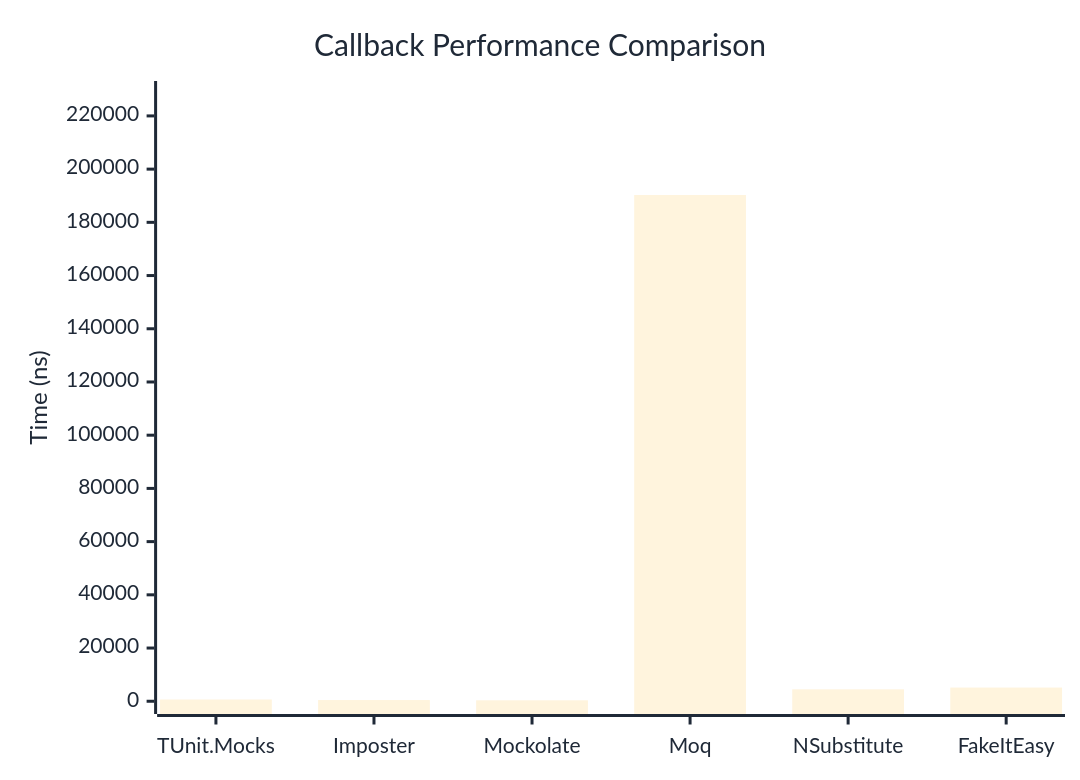
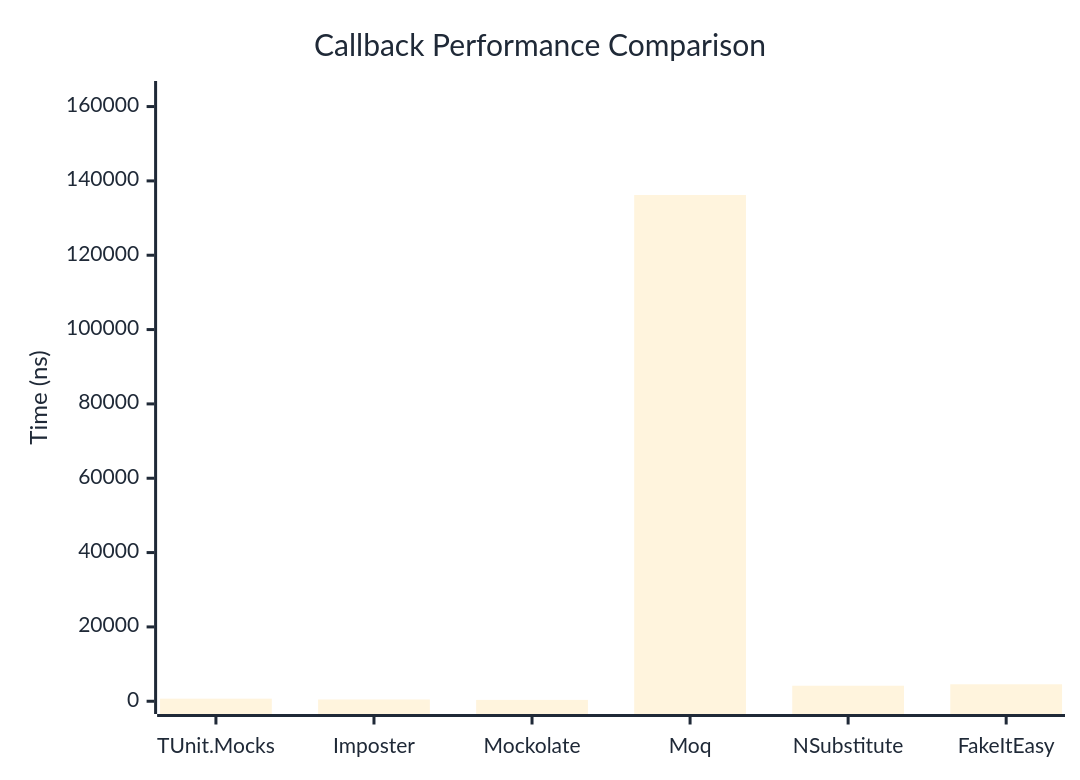
The first of 2 diagrams in docs/docs/benchmarks/mocks/Callback.md (thomhurst/TUnit), drawn with Mermaid before and after one commit. The commit also changed other lines of this file and 14 other files, not shown here.

````diff
--- a/docs/docs/benchmarks/mocks/Callback.md
+++ b/docs/docs/benchmarks/mocks/Callback.md
@@ -30,27 +30,27 @@
 ```mermaid
 %%{init: {
   'theme':'base',
   'themeVariables': {
     'primaryColor': '#2563eb',
     'primaryTextColor': '#1f2937',
     'primaryBorderColor': '#1e40af',
     'lineColor': '#6b7280',
     'secondaryColor': '#7c3aed',
     'tertiaryColor': '#dc2626',
     'background': '#ffffff',
     'pie1': '#2563eb',
     'pie2': '#7c3aed',
     'pie3': '#dc2626',
     'pie4': '#f59e0b',
     'pie5': '#10b981',
     'pie6': '#06b6d4',
     'pie7': '#ec4899',
     'pie8': '#6366f1'
   }
 }}%%
 xychart-beta
   title "Callback Performance Comparison"
   x-axis ["TUnit.Mocks", "Imposter", "Mockolate", "Moq", "NSubstitute", "FakeItEasy"]
-  y-axis "Time (ns)" 0 --> 228332
-  bar [657.6, 451.4, 358, 190276, 4480.4, 5147.3]
+  y-axis "Time (ns)" 0 --> 163447
+  bar [694.7, 475.1, 361.1, 136205.6, 4178.8, 4566.5]
 ```
````
